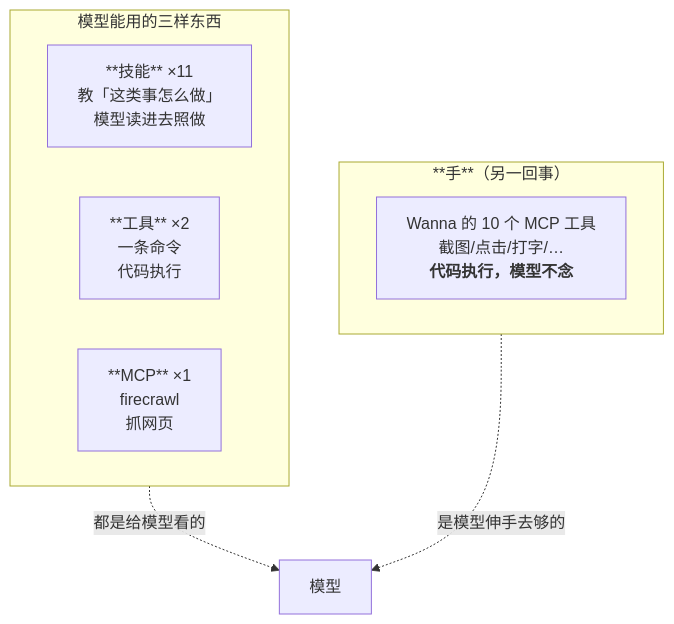
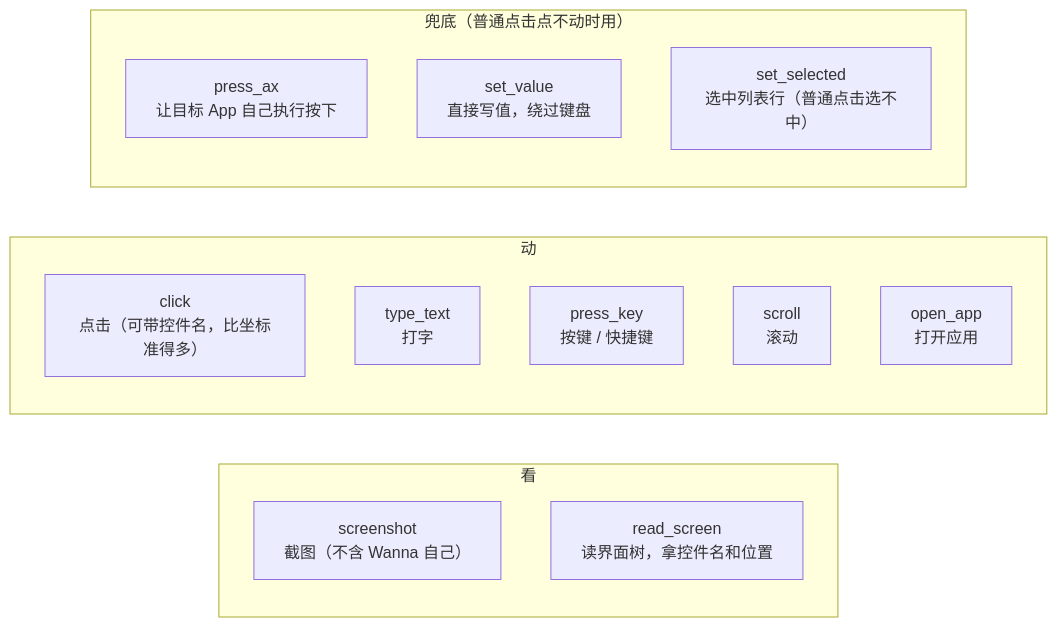
Before and after one commit to nash-aigc/wanna: the second of 2 diagrams in 全局框架/00-项目全貌.md, drawn with Mermaid. The commit also changed other lines of this file, not shown here.

First line of the commit message:
《项目全貌》重写成两张图（用户：太乱了，理解不连贯）

````diff
--- a/全局框架/00-项目全貌.md
+++ b/全局框架/00-项目全貌.md
@@ -136,14 +40,19 @@
 ```mermaid
-flowchart TB
-    subgraph SRC["模型能用的三样东西"]
-      direction LR
-      SK["**技能** ×11<br/>教「这类事怎么做」<br/>模型读进去照做"]
-      TL["**工具** ×2<br/>一条命令<br/>代码执行"]
-      MC["**MCP** ×1<br/>firecrawl<br/>抓网页"]
+flowchart LR
+    subgraph LOOK["看"]
+        T1["screenshot<br/>截图（不含 Wanna 自己）"]
+        T2["read_screen<br/>读界面树，拿控件名和位置"]
     end
-    subgraph HAND["**手**（另一回事）"]
-      H["Wanna 的 10 个 MCP 工具<br/>截图/点击/打字/…<br/><b>代码执行，模型不念</b>"]
+    subgraph ACT["动"]
+        T3["click<br/>点击（可带控件名，比坐标准得多）"]
+        T4["type_text<br/>打字"]
+        T5["press_key<br/>按键 / 快捷键"]
+        T6["scroll<br/>滚动"]
+        T7["open_app<br/>打开应用"]
     end
-    SRC -.->|都是给模型看的| MODEL[模型]
-    HAND -.->|是模型伸手去够的| MODEL
+    subgraph FIX["兜底（普通点击点不动时用）"]
+        T8["press_ax<br/>让目标 App 自己执行按下"]
+        T9["set_value<br/>直接写值，绕过键盘"]
+        T10["set_selected<br/>选中列表行（普通点击选不中）"]
+    end
 ```
````
